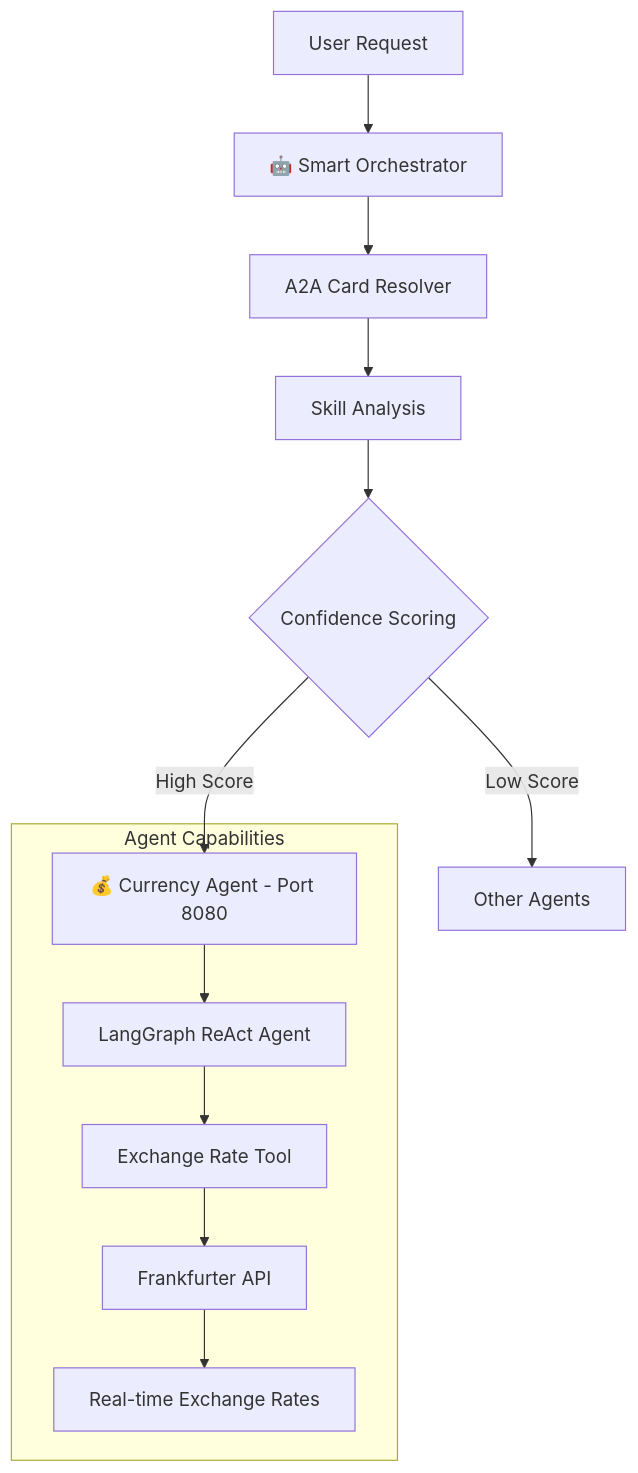
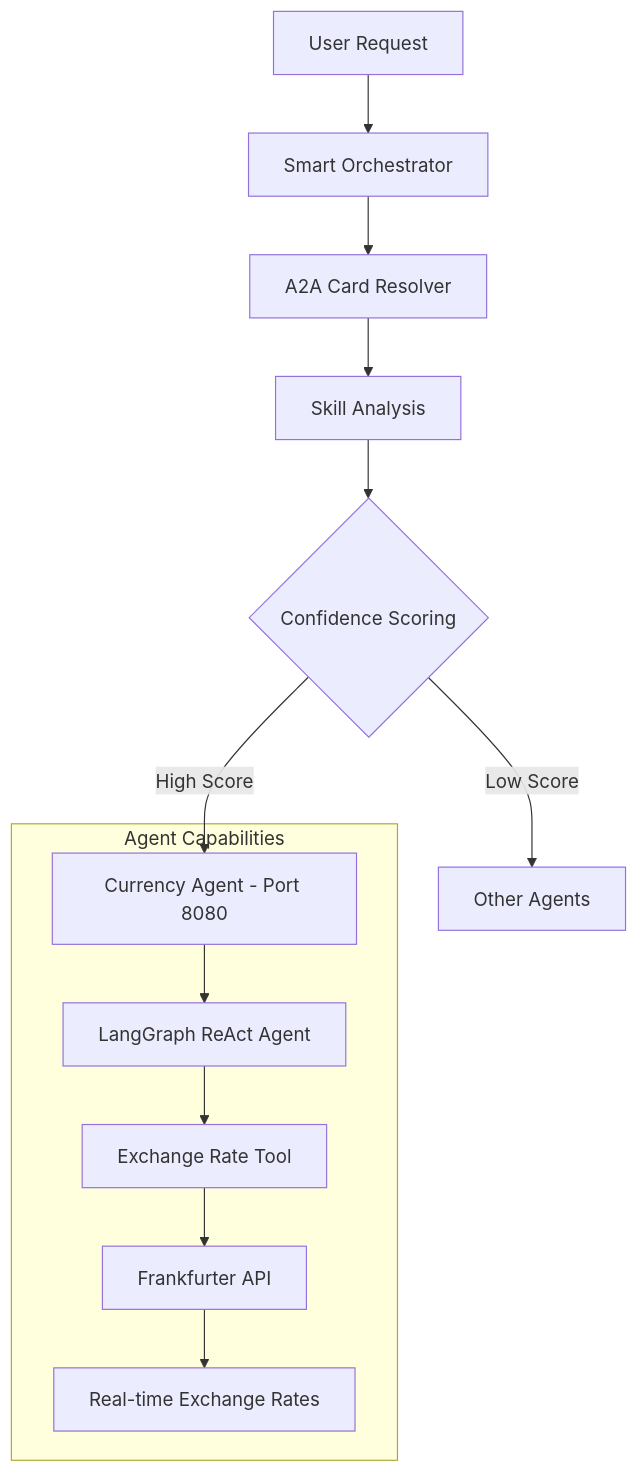
One commit to nayanika2304/multi-agent-orchestration changed the diagram in currencyAgent/README.md. Above: the diagram before and after it, drawn with Mermaid. The commit also changed other lines of this file and 17 other files, not shown here.

````diff
--- a/currencyAgent/README.md
+++ b/currencyAgent/README.md
@@ -25,22 +25,22 @@
 ```mermaid
 graph TD
-    A[User Request] --> B[🤖 Smart Orchestrator]
+    A[User Request] --> B[ Smart Orchestrator]
     B --> C[A2A Card Resolver]
     C --> D[Skill Analysis]
     D --> E{Confidence Scoring}
-    E -->|High Score| F[💰 Currency Agent - Port 8080]
+    E -->|High Score| F[ Currency Agent - Port 8080]
     E -->|Low Score| G[Other Agents]
     
     F --> H[LangGraph ReAct Agent]
     H --> I[Exchange Rate Tool]
     I --> J[Frankfurter API]
     J --> K[Real-time Exchange Rates]
     
     subgraph "Agent Capabilities"
         F
         H
         I
         J
         K
     end
 ```
````
